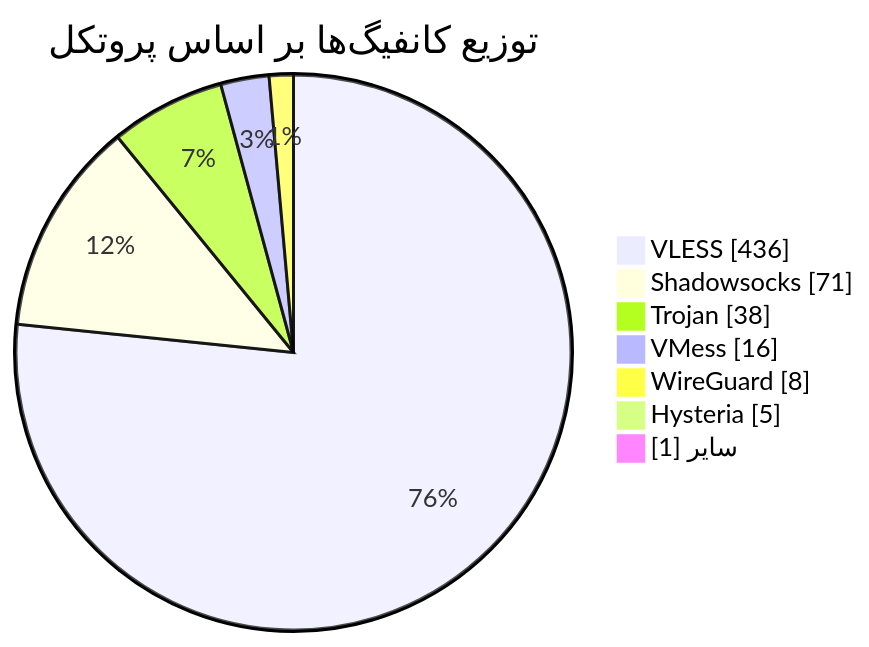
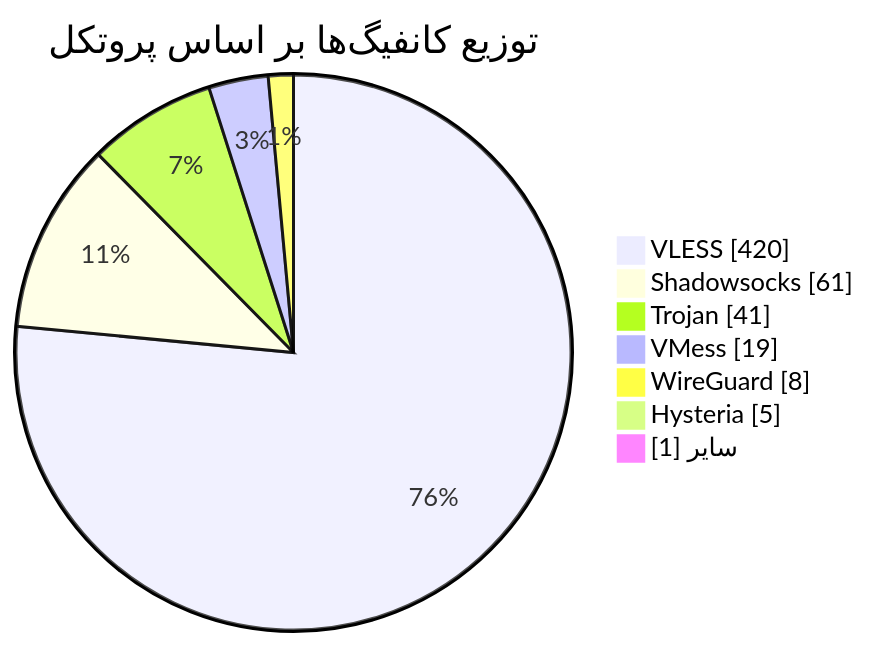
Before and after one commit to Arian-Alijani/Somthing: the diagram in README.md, drawn with Mermaid. The commit also changed other lines of this file and 17 other files, not shown here.

````diff
--- a/README.md
+++ b/README.md
@@ -49,11 +49,11 @@
 ```mermaid
 pie showData
     title توزیع کانفیگ‌ها بر اساس پروتکل
-    "VLESS" : 436
-    "Shadowsocks" : 71
-    "Trojan" : 38
-    "VMess" : 16
+    "VLESS" : 420
+    "Shadowsocks" : 61
+    "Trojan" : 41
+    "VMess" : 19
     "WireGuard" : 8
     "Hysteria" : 5
     "سایر" : 1
 ```
````
